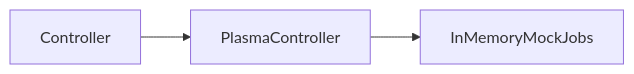
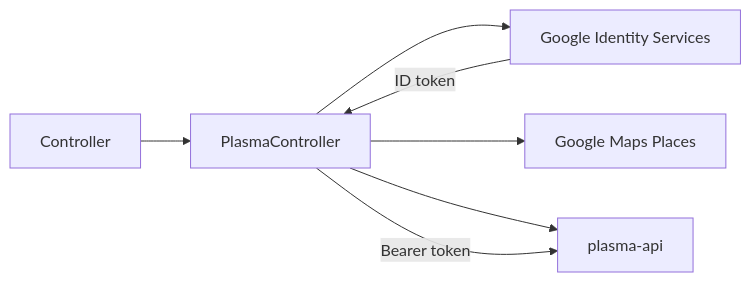
Before and after one commit to blood-bikes-wales/plasma-controllers: the first of 2 diagrams in docs/technical/architecture.md, drawn with Mermaid. The commit also changed other lines of this file and 4 other files, not shown here.

````diff
--- a/docs/technical/architecture.md
+++ b/docs/technical/architecture.md
@@ -19,5 +25,9 @@
 ```mermaid
 flowchart LR
   User[Controller] --> SPA[PlasmaController]
-  SPA --> Mock[InMemoryMockJobs]
+  SPA --> GIS[Google Identity Services]
+  SPA --> Maps[Google Maps Places]
+  SPA --> API[plasma-api]
+  GIS -->|ID token| SPA
+  SPA -->|Bearer token| API
 ```
````
